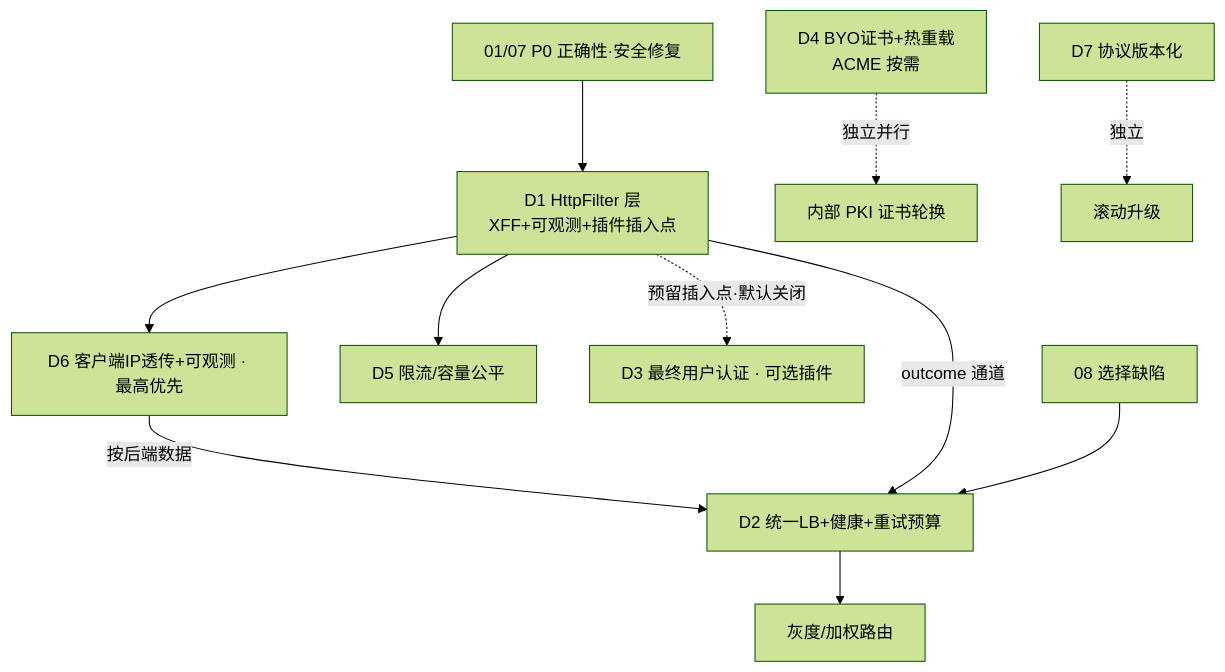
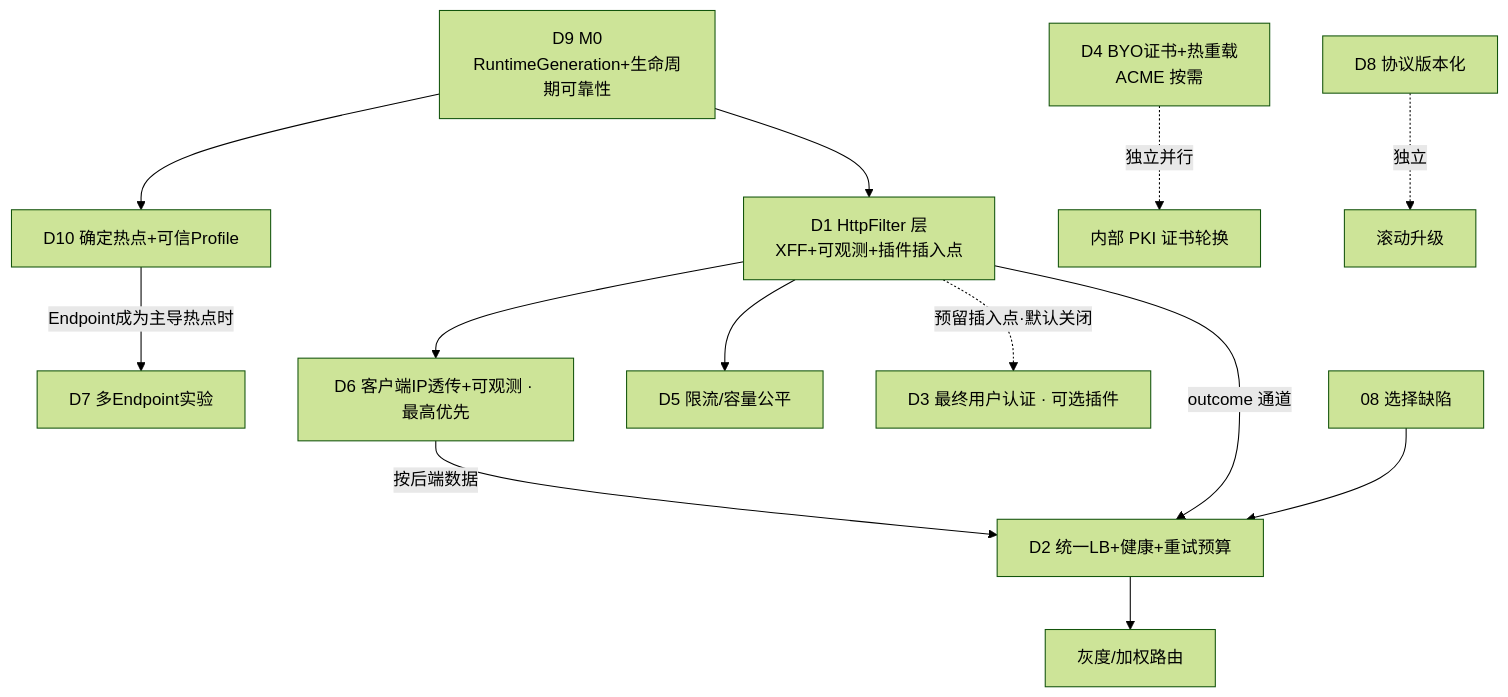
Before and after one commit to locustbaby/duotunnel: the diagram in docs/review-2026-07-26/design/README.md, drawn with Mermaid (forest theme). The commit also changed other lines of this file and 11 other files, not shown here.

````diff
--- a/docs/review-2026-07-26/design/README.md
+++ b/docs/review-2026-07-26/design/README.md
@@ -84,14 +89,17 @@
 ```mermaid
 flowchart TD
-    P0[01/07 P0 正确性·安全修复] --> D1
+    D9[D9 M0<br/>RuntimeGeneration+生命周期可靠性]
+    D9 --> D10[D10 确定热点+可信Profile]
+    D10 -->|Endpoint成为主导热点时| D7[D7 多Endpoint实验]
+    D9 --> D1
     D1[D1 HttpFilter 层<br/>XFF+可观测+插件插入点]
     D1 --> D6[D6 客户端IP透传+可观测 · 最高优先]
     D1 --> D5[D5 限流/容量公平]
     D1 -.预留插入点·默认关闭.-> D3[D3 最终用户认证 · 可选插件]
     D6 -->|按后端数据| D2
     D1 -->|outcome 通道| D2[D2 统一LB+健康+重试预算]
     F08[08 选择缺陷] --> D2
     D4[D4 BYO证书+热重载<br/>ACME 按需] -.独立并行.-> INTPKI[内部 PKI 证书轮换]
-    D7[D7 协议版本化] -.独立.-> UP[滚动升级]
+    D8[D8 协议版本化] -.独立.-> UP[滚动升级]
     D2 --> CANARY[灰度/加权路由]
 ```
````
